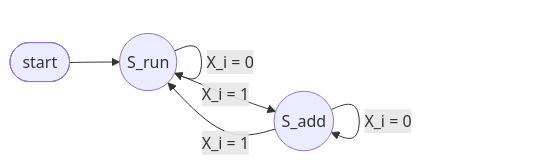
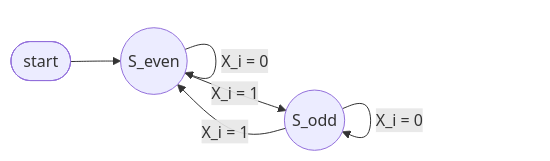
Before and after one commit to TomObungu/computer-science.md: the diagram in University/Univeristy of Bristol/Computer Science (MEng)/COMS10015/Computer Architecture/Finite State Machines (FSMs)/Finite State Machines (FSMs).md, drawn with Mermaid. The commit also changed other lines of this file, not shown here.

Commit message:
vault backup: 16-11-2026 14:48:22
Affected files:
University/Univeristy of Bristol/Computer Science (MEng)/COMS10015/Computer Architecture/Finite State Machines (FSMs)/Finite State Machines (FSMs).md

````diff
--- a/University/Univeristy of Bristol/Computer Science (MEng)/COMS10015/Computer Architecture/Finite State Machines (FSMs)/Finite State Machines (FSMs).md
+++ b/University/Univeristy of Bristol/Computer Science (MEng)/COMS10015/Computer Architecture/Finite State Machines (FSMs)/Finite State Machines (FSMs).md
@@ -28,8 +28,8 @@
 ```mermaid
 flowchart LR
-    start([start]) --> run((S_run))
-    run -->|X_i = 0| run
-    run -->|X_i = 1| add((S_add))
-    add -->|X_i = 0| add
-    add -->|X_i = 1| run
+    start([start]) --> even((S_even))
+    even -->|X_i = 0| even
+    even -->|X_i = 1| odd((S_odd))
+    odd -->|X_i = 0| odd
+    odd -->|X_i = 1| even
 ```
````
